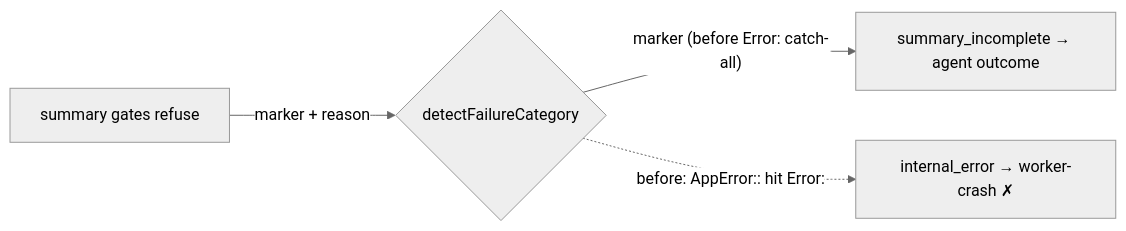
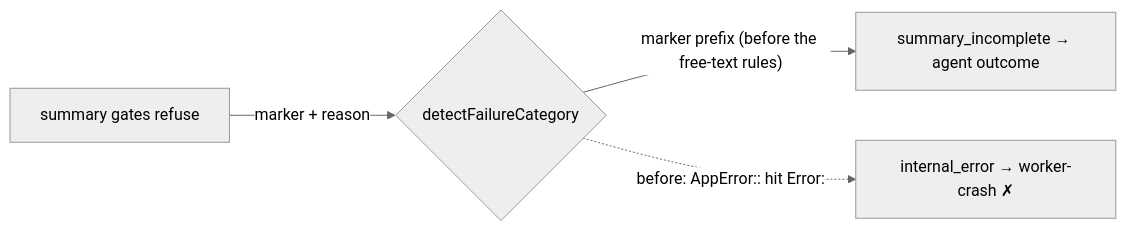
Before and after one commit to stSoftwareAU/VibeCoder: the diagram in docs/archive/pr-summaries/pr-summary-3431.md, drawn with Mermaid (neutral theme). The commit also changed other lines of this file and 5 other files, not shown here.

First line of the commit message:
fix(worker): anchor summary-gate marker ahead of free-text rules (PR #3440)

````diff
--- a/docs/archive/pr-summaries/pr-summary-3431.md
+++ b/docs/archive/pr-summaries/pr-summary-3431.md
@@ -15,6 +15,6 @@
 ```mermaid
 flowchart LR
   G[summary gates refuse] -->|"marker + reason"| D{detectFailureCategory}
-  D -->|"marker (before Error: catch-all)"| S[summary_incomplete → agent outcome]
+  D -->|"marker prefix (before the free-text rules)"| S[summary_incomplete → agent outcome]
   D -.->|"before: AppError:: hit Error:"| C[internal_error → worker-crash ✗]
 ```
````
